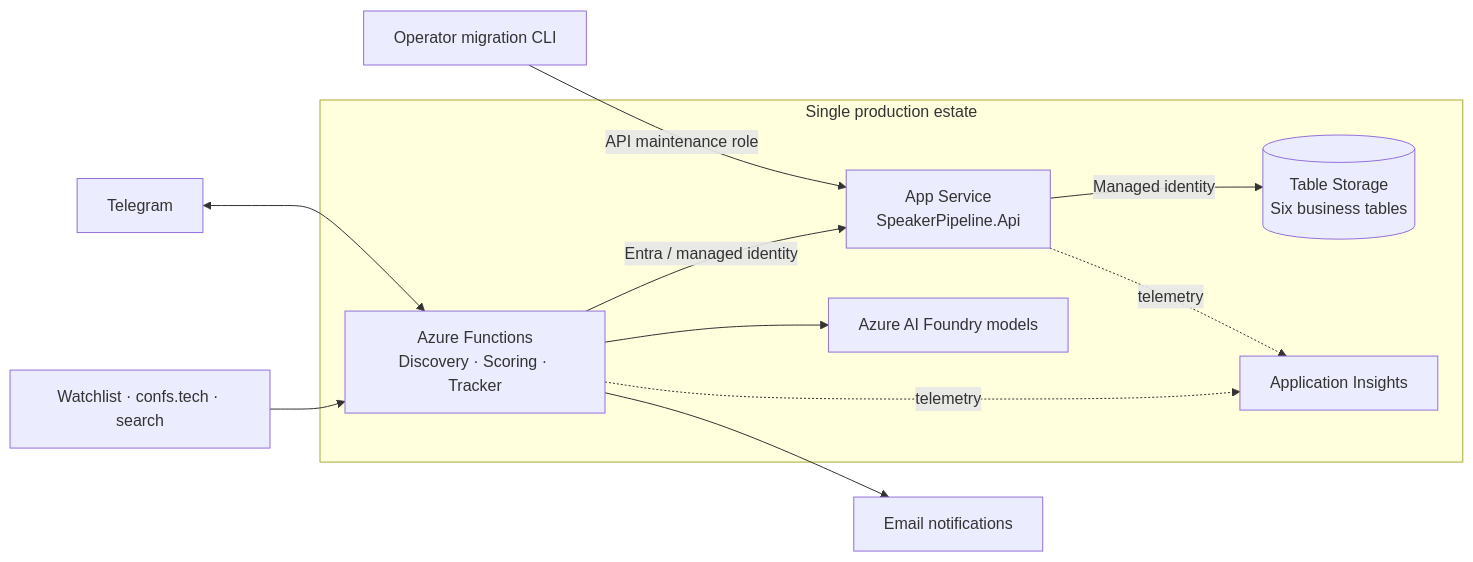
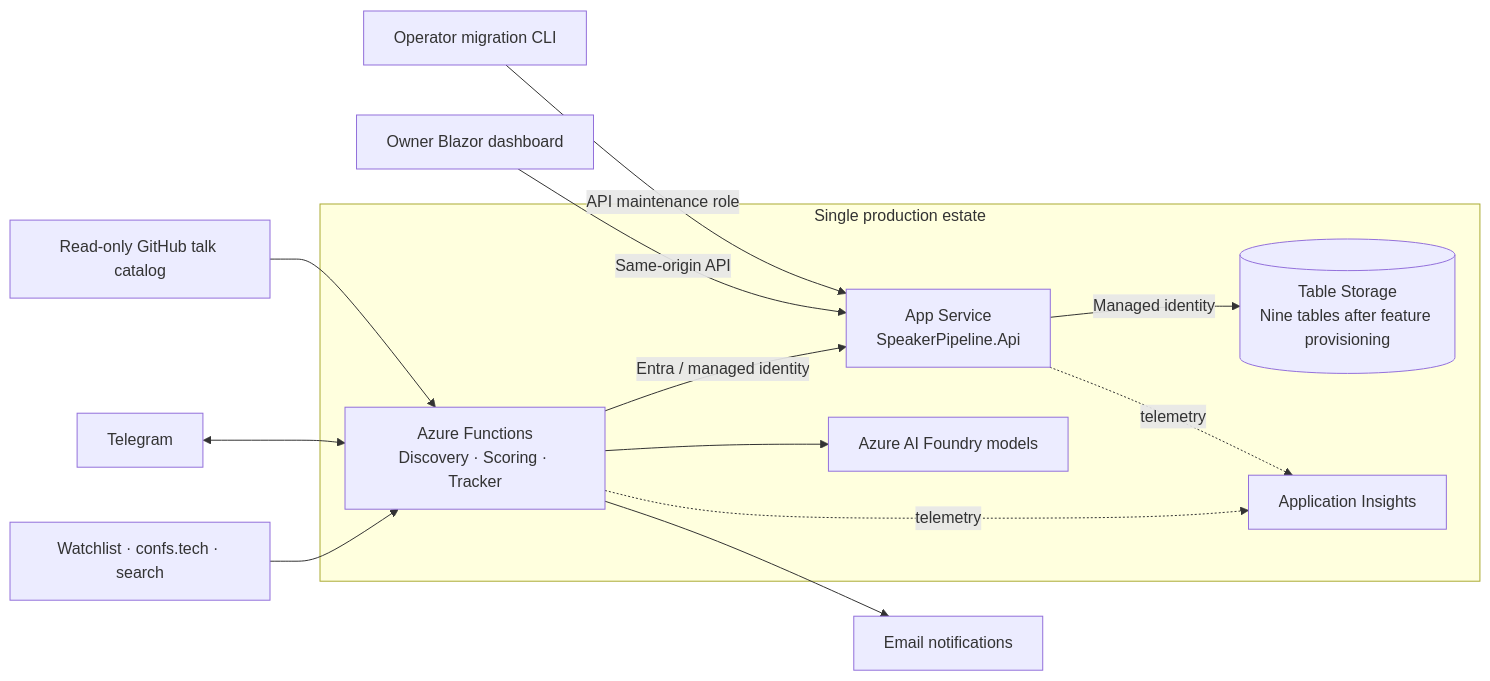
One commit to bhaydin/speaker-pipeline changed the diagram in README.md. Above: the diagram before and after it, drawn with Mermaid. The commit also changed other lines of this file and 162 other files, not shown here.

Commit message:
Add actionable notifications, shared opportunity state, talk catalog, and owner dashboard

````diff
--- a/README.md
+++ b/README.md
@@ -23,19 +23,21 @@
 ```mermaid
 flowchart LR
     Sources["Watchlist · confs.tech · search"] --> Agents
     subgraph Azure["Single production estate"]
         Agents["Azure Functions<br/>Discovery · Scoring · Tracker"]
         API["App Service<br/>SpeakerPipeline.Api"]
-        Tables[("Table Storage<br/>Six business tables")]
+        Tables[("Table Storage<br/>Nine tables after feature provisioning")]
         Foundry["Azure AI Foundry models"]
         Insights["Application Insights"]
         Agents -->|Entra / managed identity| API
         API -->|Managed identity| Tables
         Agents --> Foundry
         Agents -. telemetry .-> Insights
         API -. telemetry .-> Insights
     end
     Telegram[Telegram] <--> Agents
+    Dashboard["Owner Blazor dashboard"] -->|Same-origin API| API
+    GitHub["Read-only GitHub talk catalog"] --> Agents
     Agents --> Email["Email notifications"]
     Operator["Operator migration CLI"] -->|API maintenance role| API
 ```
````
